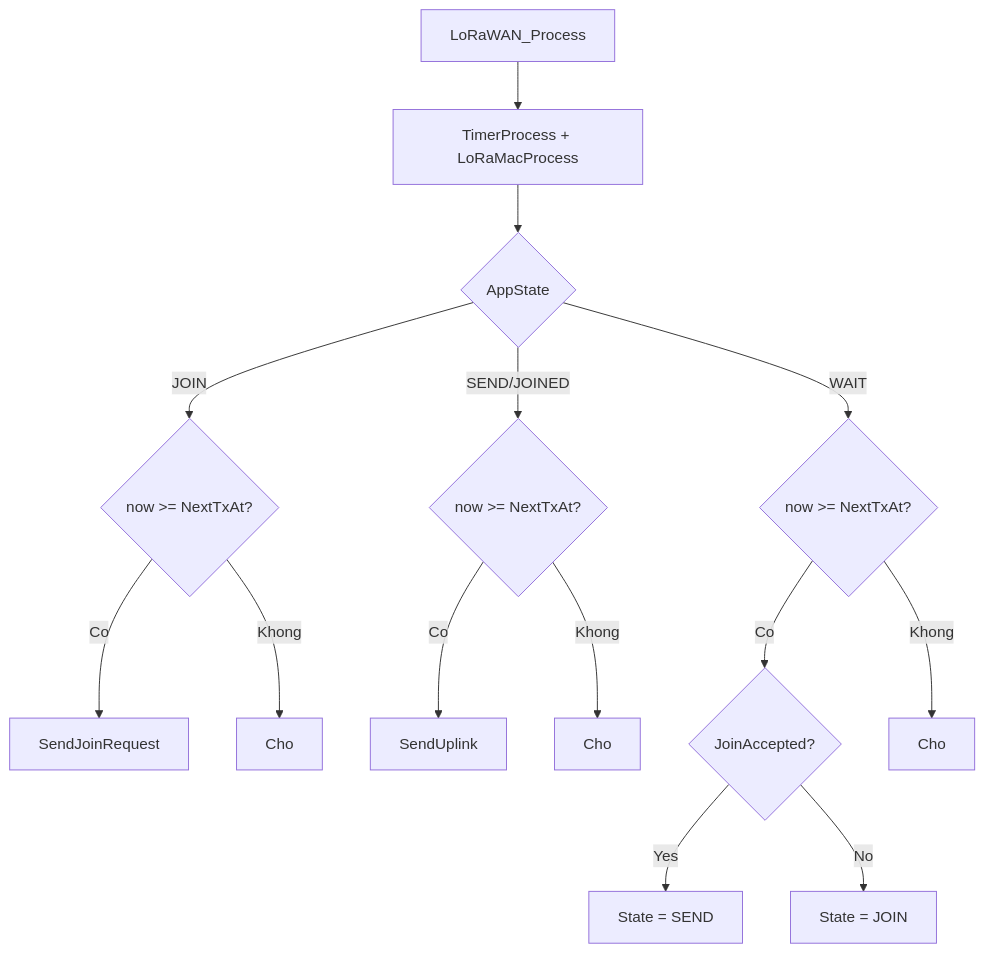
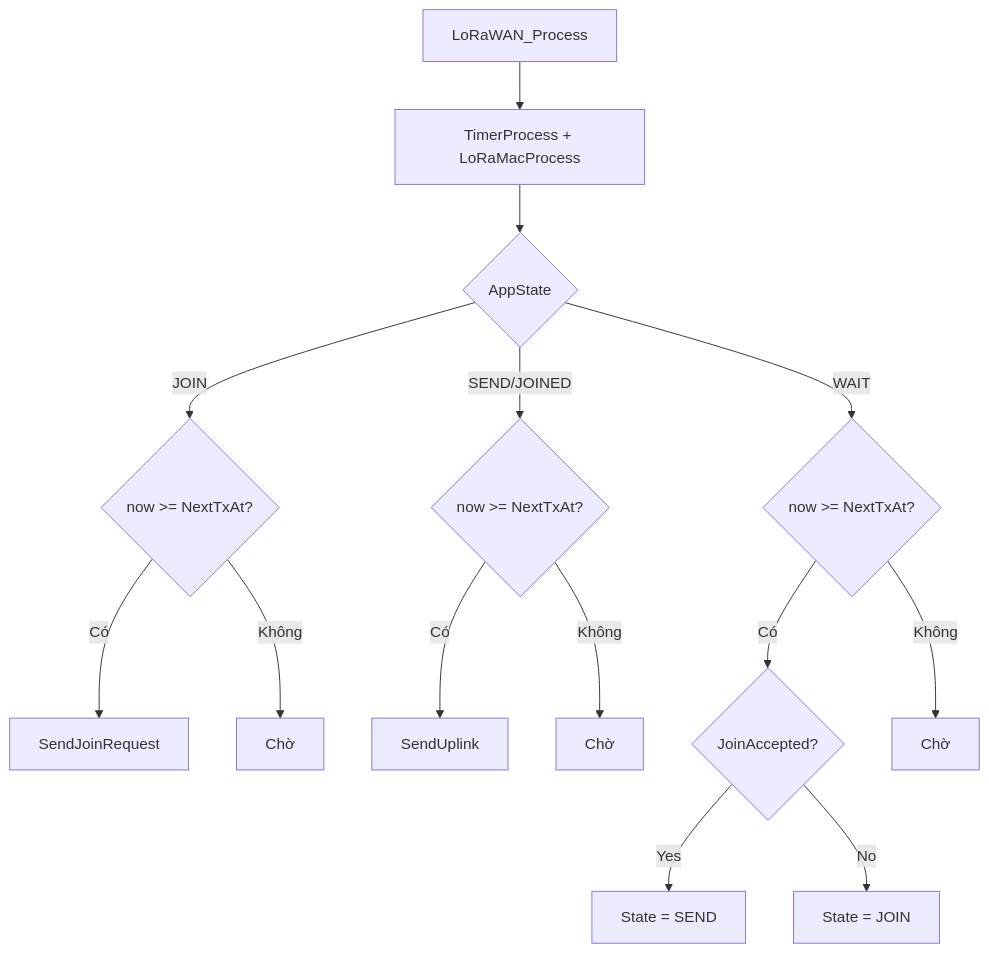
One commit to vuongpq/lorawan-node-f401 changed the fifth of 8 diagrams in docs/bao-cao-thuyet-minh-lorawan-node.md. Above: the diagram before and after it, drawn with Mermaid. The commit also changed other lines of this file, not shown here.

````diff
--- a/docs/bao-cao-thuyet-minh-lorawan-node.md
+++ b/docs/bao-cao-thuyet-minh-lorawan-node.md
@@ -188,19 +188,19 @@
 ```mermaid
 flowchart TD
     A[LoRaWAN_Process] --> B[TimerProcess + LoRaMacProcess]
     B --> C{AppState}
 
     C -->|JOIN| D{now >= NextTxAt?}
-    D -- Co --> E[SendJoinRequest]
-    D -- Khong --> Z1[Cho]
+    D -- Có --> E[SendJoinRequest]
+    D -- Không --> Z1[Chờ]
 
     C -->|SEND/JOINED| F{now >= NextTxAt?}
-    F -- Co --> G[SendUplink]
-    F -- Khong --> Z2[Cho]
+    F -- Có --> G[SendUplink]
+    F -- Không --> Z2[Chờ]
 
     C -->|WAIT| H{now >= NextTxAt?}
-    H -- Co --> I{JoinAccepted?}
+    H -- Có --> I{JoinAccepted?}
     I -- Yes --> J[State = SEND]
     I -- No --> K[State = JOIN]
-    H -- Khong --> Z3[Cho]
+    H -- Không --> Z3[Chờ]
 ```
````
